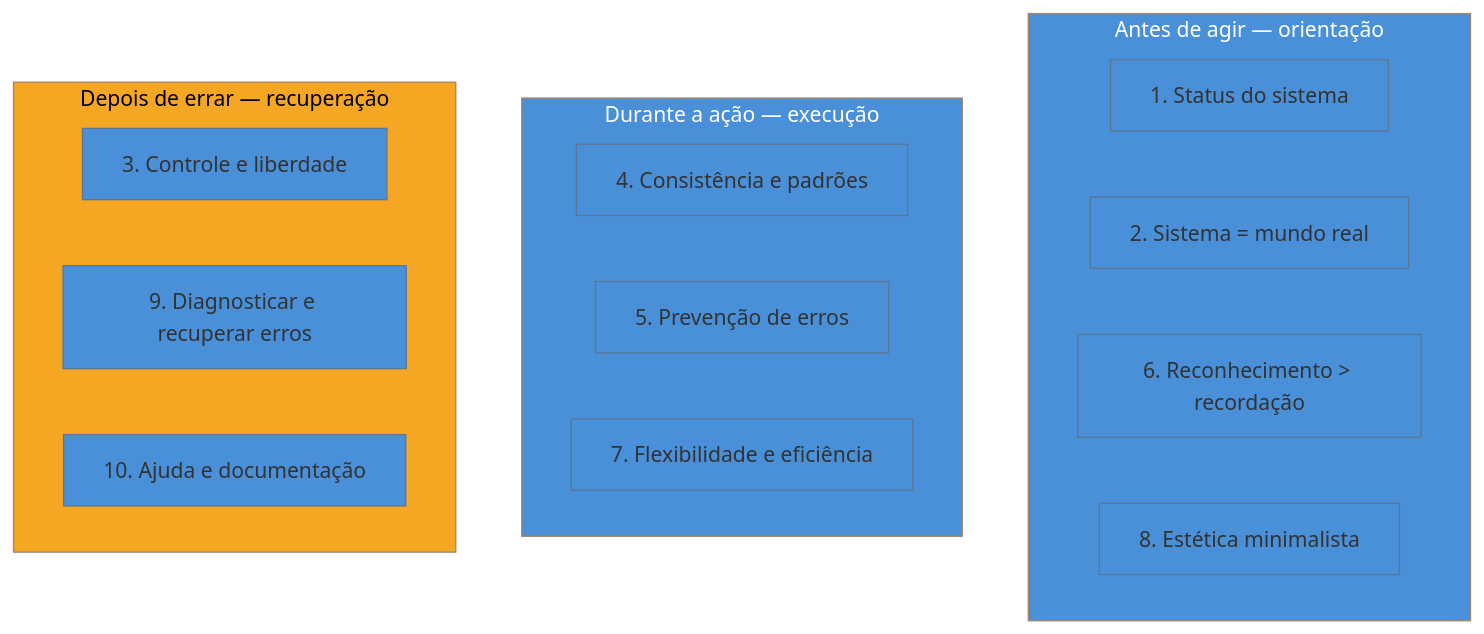
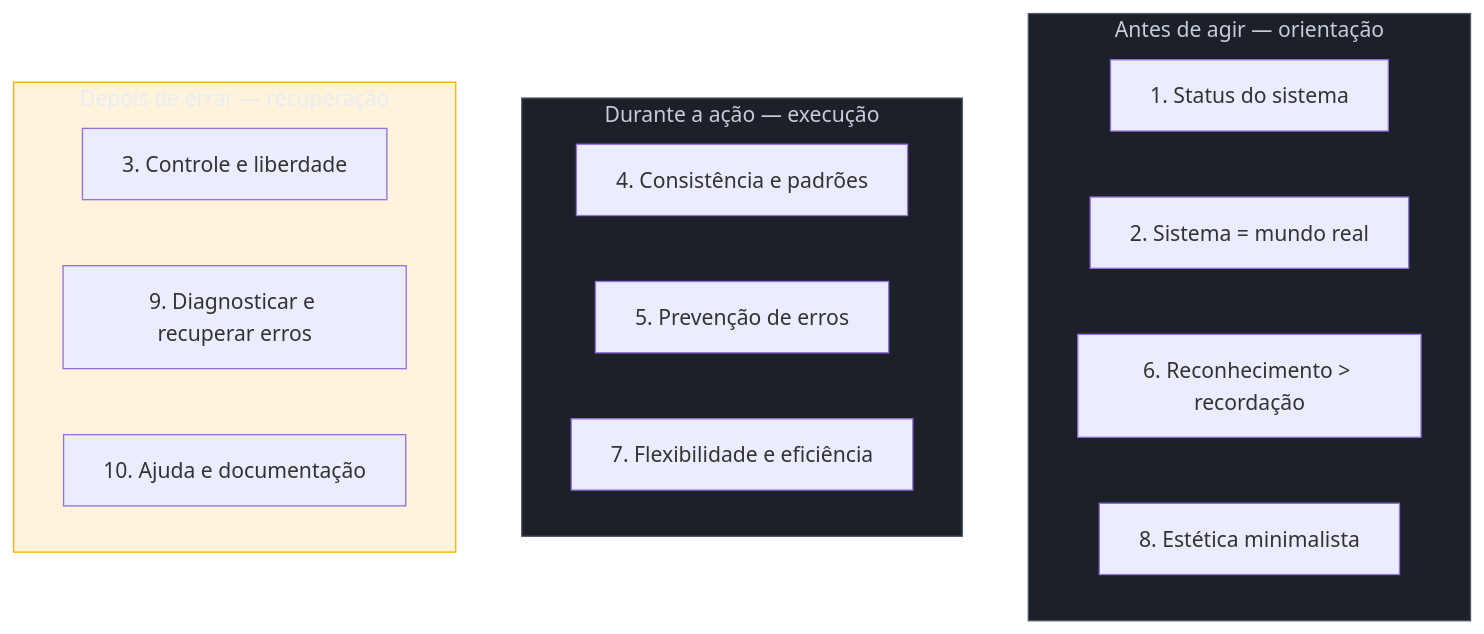
Before and after one commit to josenaldo/codex-technomanticus: the diagram in 03-Dominios/Engenharia/UX/Fundamentos e Modelo Mental/03 - As 10 heurísticas de Nielsen.md, drawn with Mermaid. The commit also changed 1181 other files, not shown here.

First line of the commit message:
fix(diagramas): paleta do sistema no lugar de cor cravada no markdown

````diff
--- a/03-Dominios/Engenharia/UX/Fundamentos e Modelo Mental/03 - As 10 heurísticas de Nielsen.md
+++ b/03-Dominios/Engenharia/UX/Fundamentos e Modelo Mental/03 - As 10 heurísticas de Nielsen.md
@@ -30,23 +30,24 @@
 ```mermaid
-%%{init: {"theme": "base", "themeVariables": {"primaryColor": "#4A90D9"}}}%%
 graph TD
+    classDef neutro fill:#1B2029,stroke:#4E5666,color:#C6CCD8
+    classDef destaque fill:#FFAA0024,stroke:#FFAA00,color:#E9ECF2
     subgraph Antes["Antes de agir — orientação"]
         H1["1. Status do sistema"]
         H2["2. Sistema = mundo real"]
         H6["6. Reconhecimento > recordação"]
         H8["8. Estética minimalista"]
     end
     subgraph Durante["Durante a ação — execução"]
         H4["4. Consistência e padrões"]
         H5["5. Prevenção de erros"]
         H7["7. Flexibilidade e eficiência"]
     end
     subgraph Depois["Depois de errar — recuperação"]
         H3["3. Controle e liberdade"]
         H9["9. Diagnosticar e recuperar erros"]
         H10["10. Ajuda e documentação"]
     end
-    style Antes fill:#4A90D9,color:#fff
-    style Durante fill:#4A90D9,color:#fff
-    style Depois fill:#F5A623,color:#000
+    class Antes neutro
+    class Durante neutro
+    class Depois destaque
 ```
````
